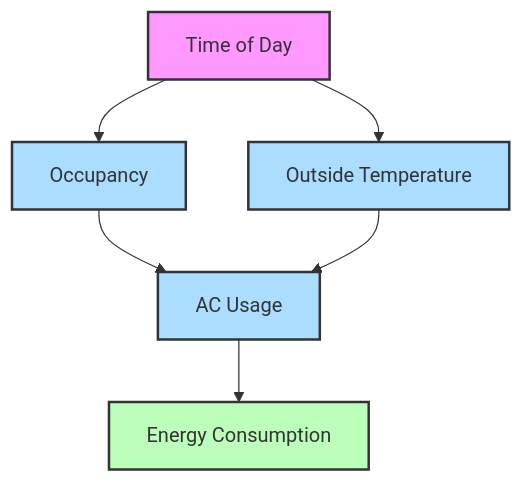
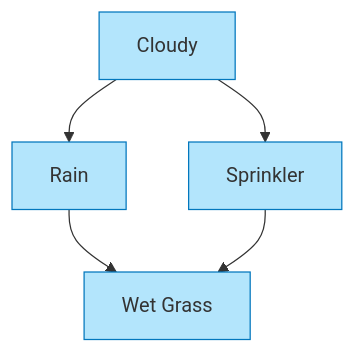
One commit to Chaklader/part-of-speech-tagging changed the fourth of 5 diagrams in C_1_OLD.md. Above: the diagram before and after it, drawn with Mermaid. The commit also changed other lines of this file and 11 other files, not shown here.

````diff
--- a/C_1_OLD.md
+++ b/C_1_OLD.md
@@ -200,14 +259,10 @@
 ```mermaid
 graph TD
-    T[Time of Day] --> O[Occupancy]
-    T --> E[Outside Temperature]
-    O --> A[AC Usage]
-    E --> A
-    A --> C[Energy Consumption]
+    C[Cloudy] --> R[Rain]
+    C --> S[Sprinkler]
+    R --> W[Wet Grass]
+    S --> W
 
-    style T fill:#f9f,stroke:#333,stroke-width:2px
-    style O fill:#adf,stroke:#333,stroke-width:2px
-    style E fill:#adf,stroke:#333,stroke-width:2px
-    style A fill:#adf,stroke:#333,stroke-width:2px
-    style C fill:#bfb,stroke:#333,stroke-width:2px
+    classDef variable fill:#B3E5FC,stroke:#0277BD,stroke-width:1px;
+    class C,R,S,W variable;
 ```
````
